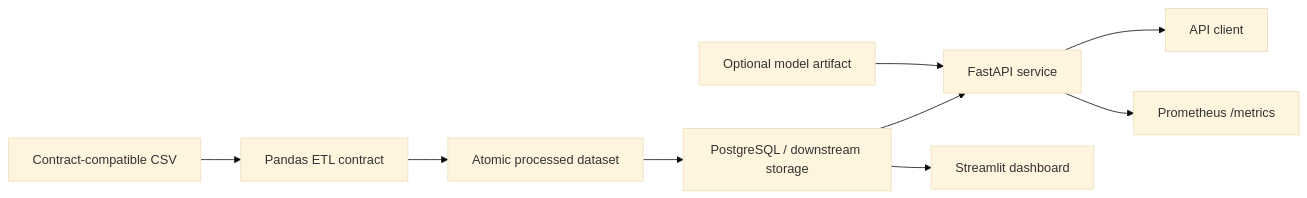
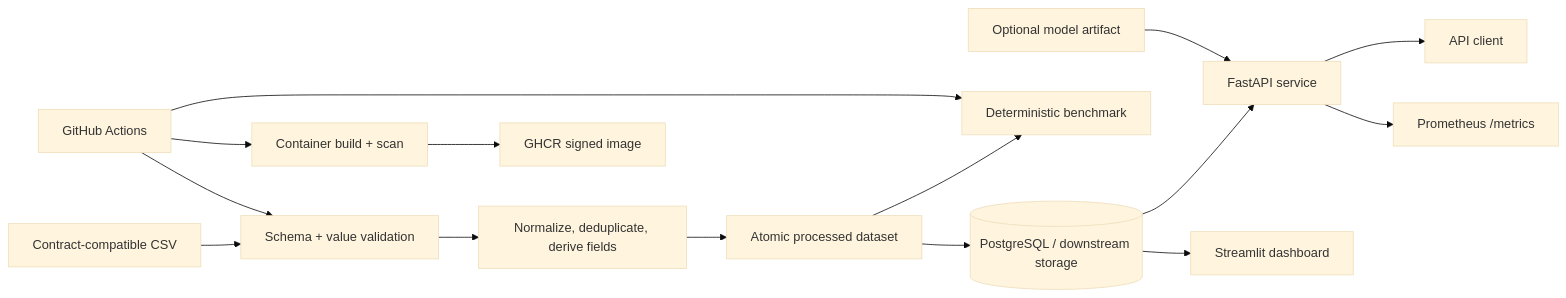
The first of 3 diagrams in README.md (CoreyLeath-code/NYC-Finance-Data-Engineering-Project), drawn with Mermaid (base theme) before and after one commit. The commit also changed other lines of this file, not shown here.

Commit message:
docs: expand README evidence, architecture, benchmarks and roadmap

````diff
--- a/README.md
+++ b/README.md
@@ -36,11 +42,17 @@
 ```mermaid
 flowchart LR
-    Input["Contract-compatible CSV"] --> ETL["Pandas ETL contract"]
-    ETL --> Output["Atomic processed dataset"]
-    Output --> DB["PostgreSQL / downstream storage"]
-    DB --> API["FastAPI service"]
+    Source["Contract-compatible CSV"] --> Validate["Schema + value validation"]
+    Validate --> Transform["Normalize, deduplicate, derive fields"]
+    Transform --> Persist["Atomic processed dataset"]
+    Persist --> Postgres[("PostgreSQL / downstream storage")]
+    Persist --> Bench["Deterministic benchmark"]
+    Postgres --> API["FastAPI service"]
     Model["Optional model artifact"] --> API
+    Postgres --> Dashboard["Streamlit dashboard"]
     API --> Client["API client"]
-    DB --> Dashboard["Streamlit dashboard"]
     API --> Metrics["Prometheus /metrics"]
+    CI["GitHub Actions"] --> Validate
+    CI --> Bench
+    CI --> Image["Container build + scan"]
+    Image --> GHCR["GHCR signed image"]
 ```
````
